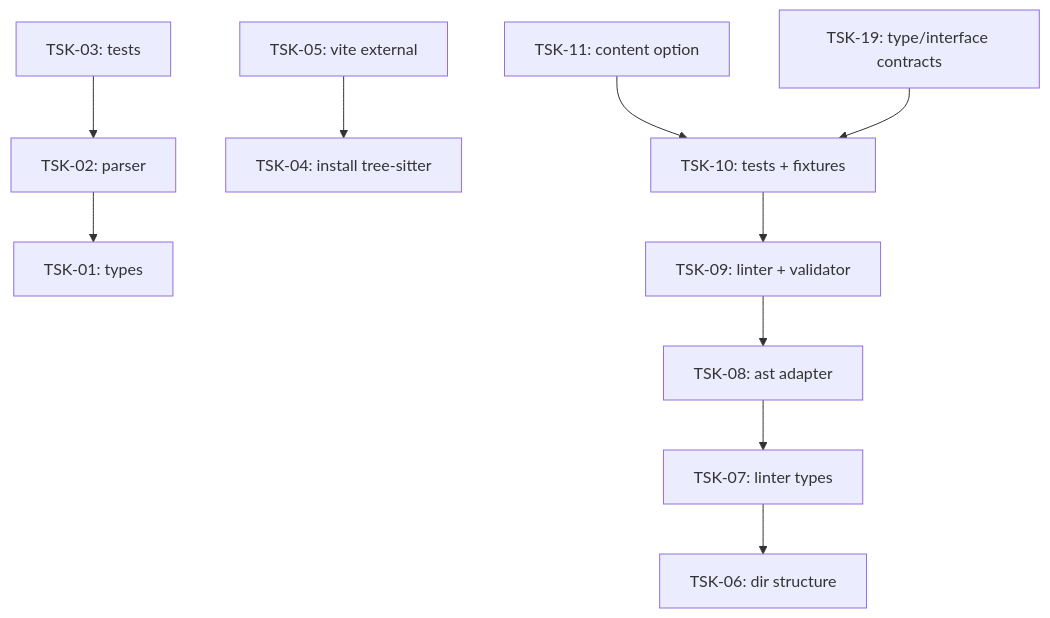
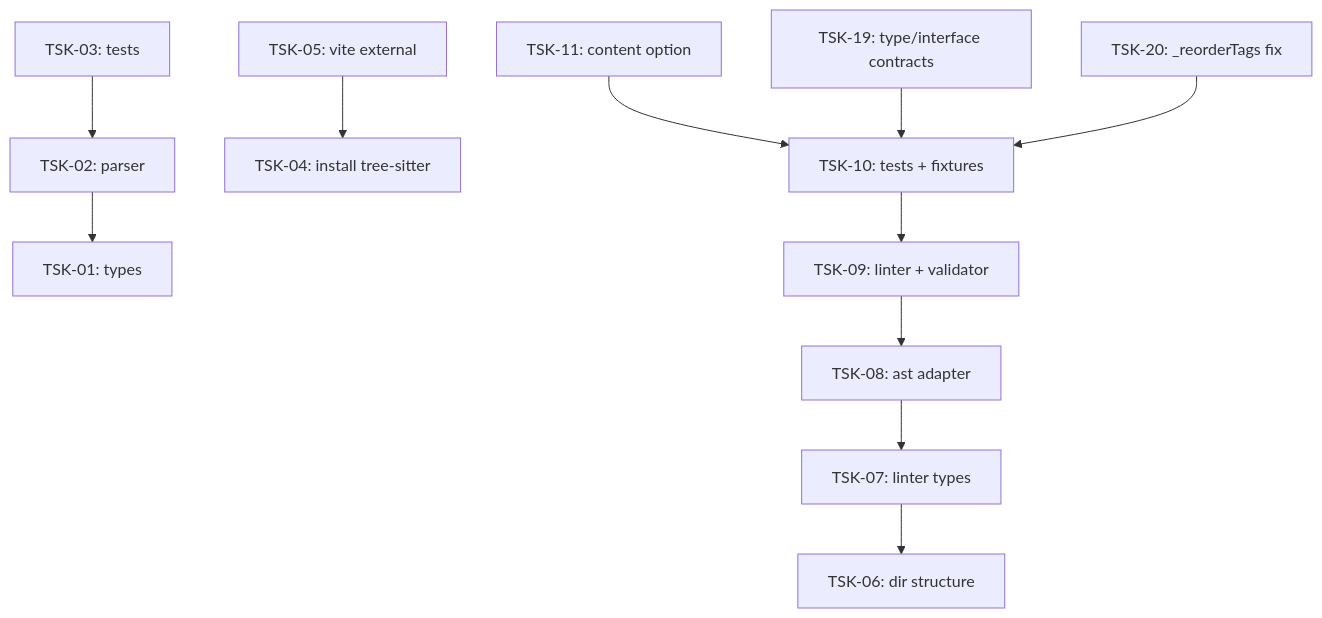
The diagram in tasks/dbc/README.md (RubaXa/gennady), drawn with Mermaid before and after one commit. The commit also changed 1 other file, not shown here.

Commit message:
chore: sync trackers — dbc 13/13, add TSK-19/TSK-20 to DAG

````diff
--- a/tasks/dbc/README.md
+++ b/tasks/dbc/README.md
@@ -29,24 +29,26 @@
 ```mermaid
 graph TD
     TSK-01[TSK-01: types]
     TSK-02[TSK-02: parser]
     TSK-03[TSK-03: tests]
     TSK-02 --> TSK-01
     TSK-03 --> TSK-02
     TSK-04[TSK-04: install tree-sitter]
     TSK-05[TSK-05: vite external]
     TSK-06[TSK-06: dir structure]
     TSK-07[TSK-07: linter types]
     TSK-08[TSK-08: ast adapter]
     TSK-09[TSK-09: linter + validator]
     TSK-10[TSK-10: tests + fixtures]
     TSK-05 --> TSK-04
     TSK-07 --> TSK-06
     TSK-08 --> TSK-07
     TSK-09 --> TSK-08
     TSK-10 --> TSK-09
     TSK-11[TSK-11: content option]
     TSK-11 --> TSK-10
     TSK-19[TSK-19: type/interface contracts]
     TSK-19 --> TSK-10
+    TSK-20[TSK-20: _reorderTags fix]
+    TSK-20 --> TSK-10
 ```
````
